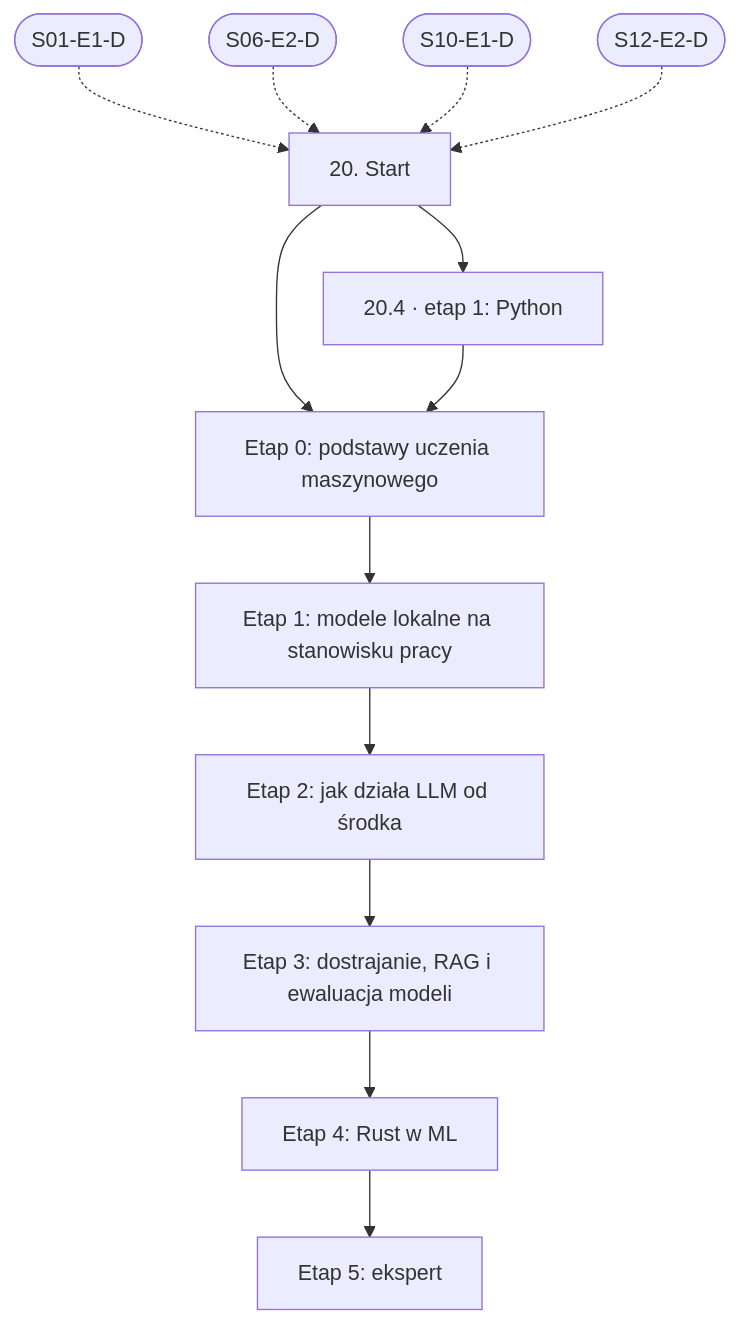
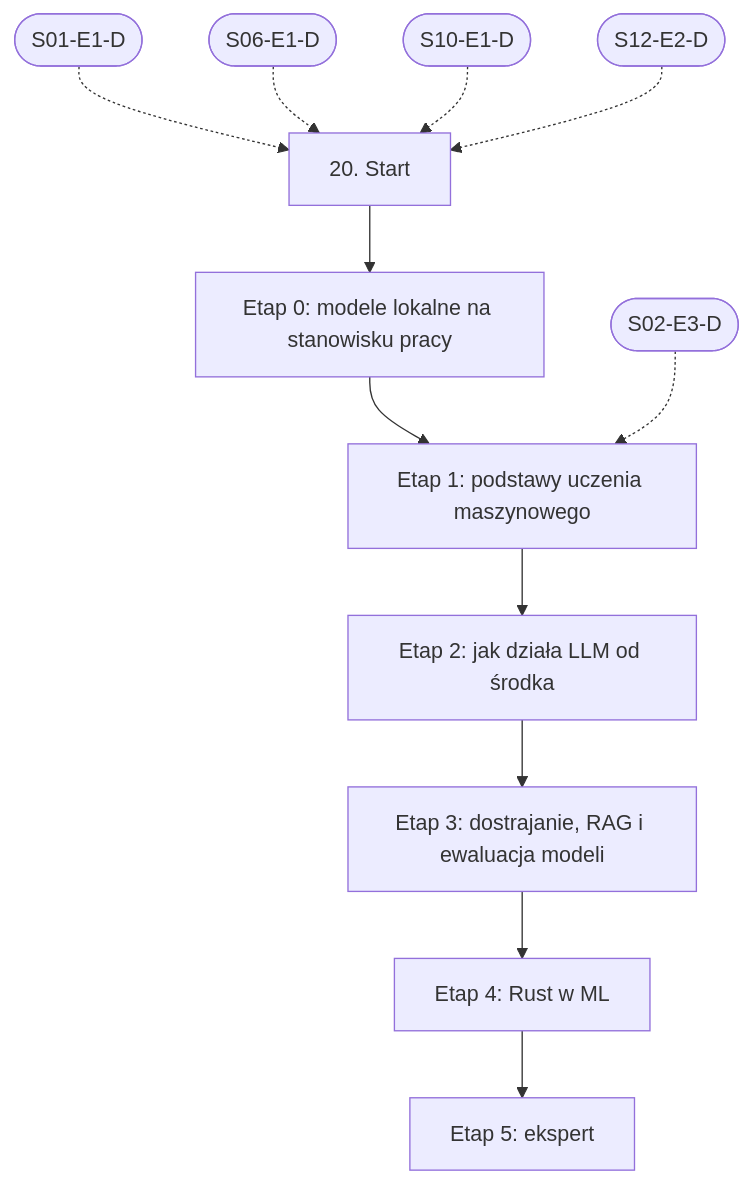
The diagram in linear/20-lokalne-ai-i-rozwoj-modeli.md (danjarosz/software-development-learning-path), drawn with Mermaid before and after one commit. The commit also changed other lines of this file and 65 other files, not shown here.

First line of the commit message:
feat: popraw ścieżki nauki po przeglądzie i dodaj NestJS, FastAPI i GraphQL

````diff
--- a/linear/20-lokalne-ai-i-rozwoj-modeli.md
+++ b/linear/20-lokalne-ai-i-rozwoj-modeli.md
@@ -104,23 +95,21 @@
 ```mermaid
 flowchart TD
   START["20. Start"]
-  E0["Etap 0: podstawy uczenia maszynowego"]
-  E1["Etap 1: modele lokalne na stanowisku pracy"]
+  E0["Etap 0: modele lokalne na stanowisku pracy"]
+  E1["Etap 1: podstawy uczenia maszynowego"]
   E2["Etap 2: jak działa LLM od środka"]
   E3["Etap 3: dostrajanie, RAG i ewaluacja modeli"]
   E4["Etap 4: Rust w ML"]
   E5["Etap 5: ekspert"]
-  U1["20.4 · etap 1: Python"]
   START --> E0
-  U1 --> E0
   E0 --> E1
+  XS02E3D(["S02-E3-D"]) -.-> E1
   E1 --> E2
   E2 --> E3
   E3 --> E4
   E4 --> E5
-  START --> U1
   XS01E1D(["S01-E1-D"]) -.-> START
-  XS06E2D(["S06-E2-D"]) -.-> START
+  XS06E1D(["S06-E1-D"]) -.-> START
   XS10E1D(["S10-E1-D"]) -.-> START
   XS12E2D(["S12-E2-D"]) -.-> START
 ```
````
